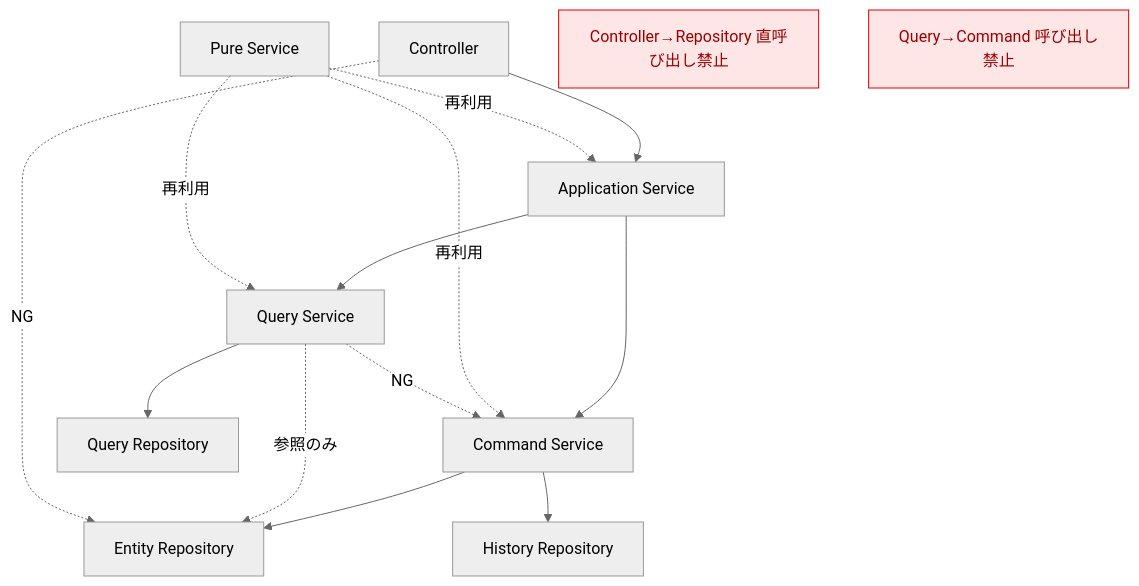
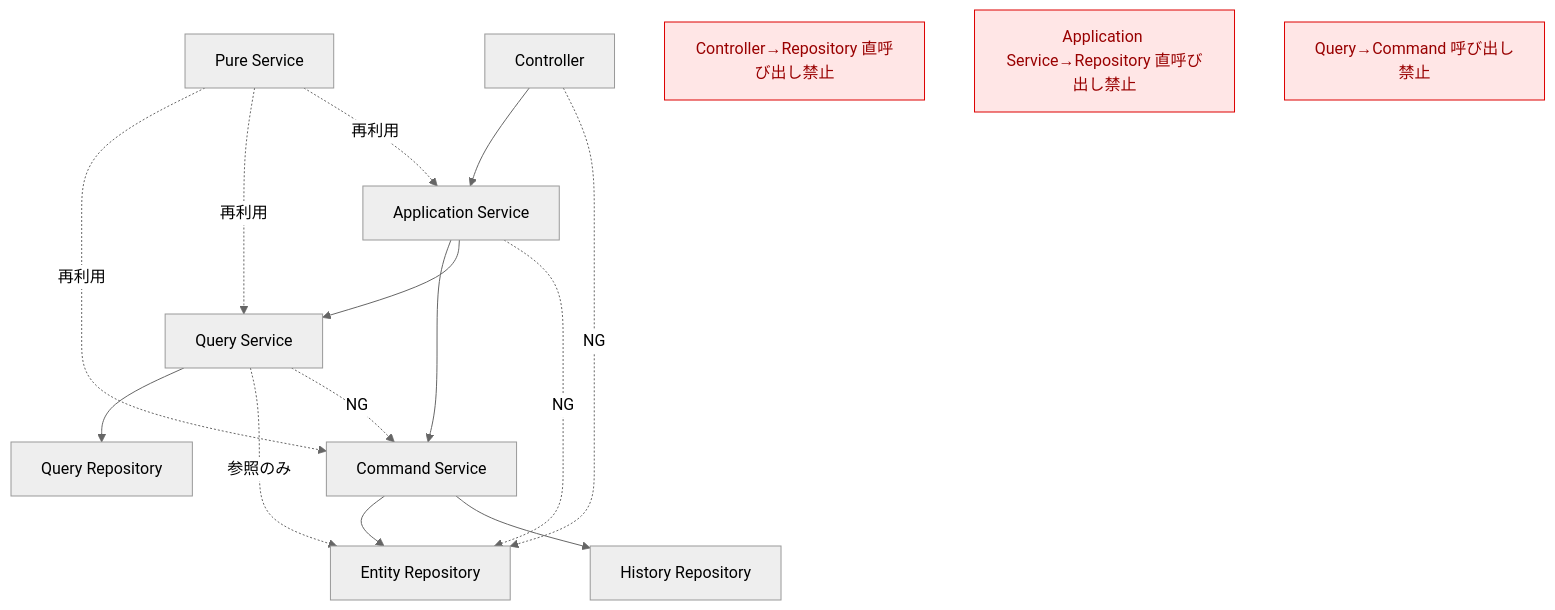
One commit to sh-lab/system-docs-sample-equipment-lending changed the diagram in docs/02_architecture/layering-overview.md. Above: the diagram before and after it, drawn with Mermaid (neutral theme). The commit also changed other lines of this file and 163 other files, not shown here.

````diff
--- a/docs/02_architecture/layering-overview.md
+++ b/docs/02_architecture/layering-overview.md
@@ -148,20 +159,22 @@
 ```mermaid
 flowchart TD
   C[Controller] --> A[Application Service]
   A --> CS[Command Service]
   A --> QS[Query Service]
   CS --> ER[Entity Repository]
   QS --> QR[Query Repository]
   CS --> HR[History Repository]
   QS -.参照のみ.-> ER
   PS[Pure Service] -.再利用.-> CS
   PS -.再利用.-> QS
   PS -.再利用.-> A
 
   %% Cross-layer constraints (visual hints)
   classDef forbid fill:#ffe6e6,stroke:#d00,stroke-width:1px,color:#900;
   CxR[Controller→Repository 直呼び出し禁止]:::forbid
+  AxR[Application Service→Repository 直呼び出し禁止]:::forbid
   QxC[Query→Command 呼び出し禁止]:::forbid
   C -.NG.-> ER
+  A -.NG.-> ER
   QS -.NG.-> CS
 ```
````
